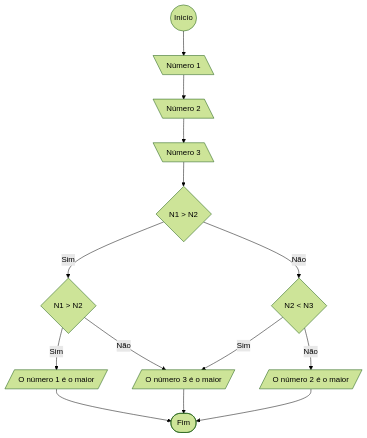
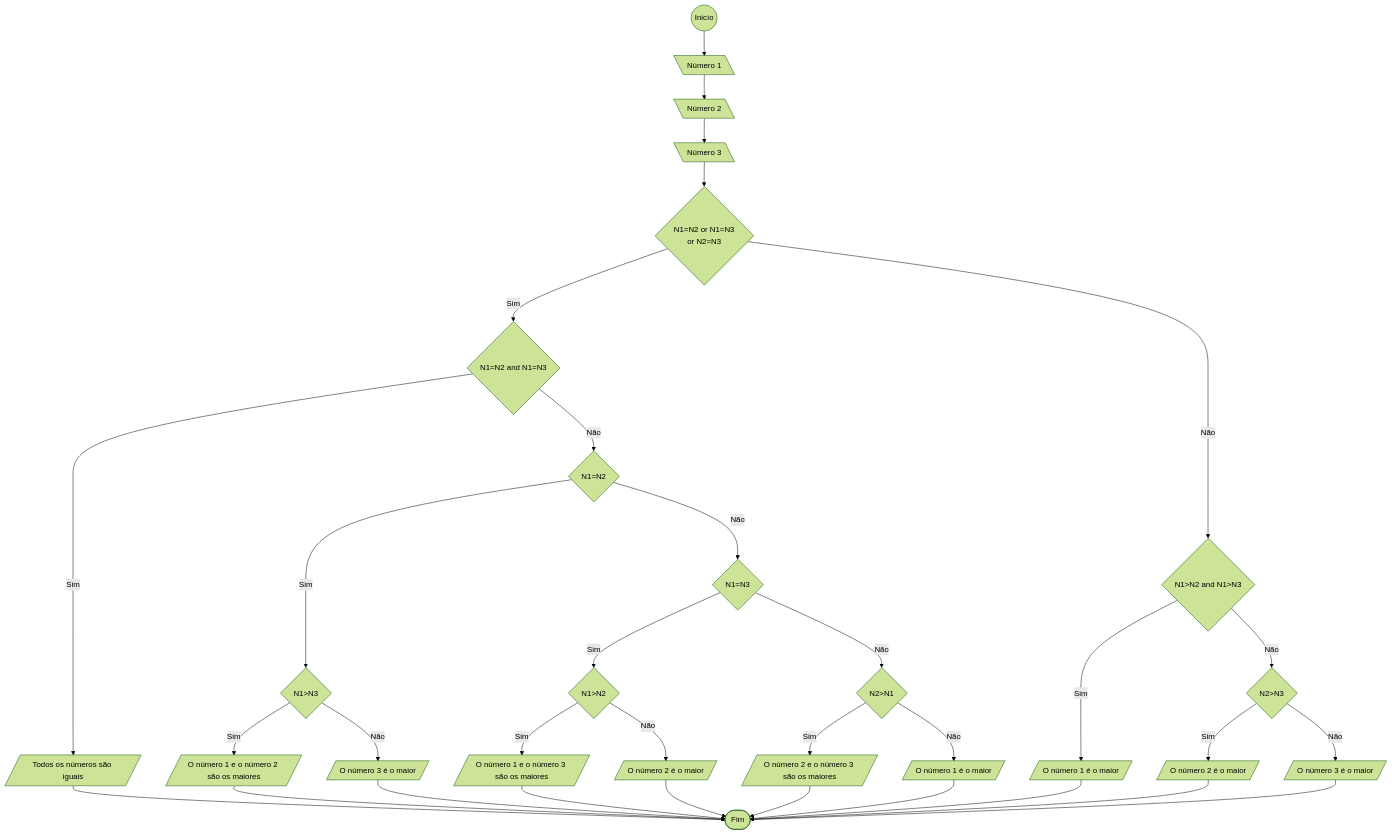
Before and after one commit to Joao-Pedro-Matias/LP-Joao_Matias: the seventh of 10 diagrams in Listas de Exercícios/LP_Lista_01/README.md, drawn with Mermaid (forest theme). The commit also changed other lines of this file, not shown here.

Commit message:
EX7_Finalizado

````diff
--- a/Listas de Exercícios/LP_Lista_01/README.md
+++ b/Listas de Exercícios/LP_Lista_01/README.md
@@ -110,16 +110,42 @@
    ```mermaid
    flowchart TD
       start(( Inicío)) --> number1[\ Número 1 \]
       number1 --> number2[\ Número 2 \]
       number2 --> number3[\ Número 3 \]
-      number3 --> verification1{ N1 > N2} 
-      verification1 --> |Sim| verification2{ N1 > N2 }
-      verification1 --> |Não| verification3{ N2 < N3 }
-      verification2 --> |Sim| result1[/ O número 1 é o maior /]
-      verification2 --> |Não| result3[/ O número 3 é o maior /]
-      verification3 --> |Sim| result3
-      verification3 --> |Não| result2[/ O número 2 é o maior /]
-      result1 --> finish([Fim])
+      number3 --> verification{N1=N2 or N1=N3<br> or N2=N3}
+
+      verification --> |Sim| verification1{N1=N2 and N1=N3}
+      verification1 --> |Sim| result[/ Todos os números são iguais /]
+      verification1 --> |Não| verification2{N1=N2}
+      
+      verification2 --> |Sim| verification3{N1>N3}
+      verification3 --> |Sim| result1[/ O número 1 e o número 2 são os maiores /]
+      verification3 --> |Não| result6[/ O número 3 é o maior /]
+
+      verification2 --> |Não| verification4{N1=N3}      
+      verification4 --> |Sim| verification5{N1>N2}
+      verification5 --> |Sim| result2[/ O número 1 e o número 3 são os maiores /]
+      verification5 --> |Não| result5[/ O número 2 é o maior /]
+
+      verification4 --> |Não| verification6{N2>N1}
+      verification6 --> |Sim| result3[/ O número 2 e o número 3 são os maiores /]
+      verification6 --> |Não| result4[/ O número 1 é o maior /]
+      
+   
+      verification --> |Não| verification7{N1>N2 and N1>N3}
+      verification7 --> |Sim| result7[/ O número 1 é o maior /]
+      verification7 --> |Não| verification8{N2>N3}
+      verification8 --> |Sim| result8[/ O número 2 é o maior /]
+      verification8 --> |Não| result9[/ O número 3 é o maior /]
+      
+      result --> finish([Fim])
+      result1 --> finish
       result2 --> finish
       result3 --> finish
+      result4 --> finish
+      result5 --> finish
+      result6 --> finish
+      result7 --> finish
+      result8 --> finish
+      result9 --> finish
    ```
````
